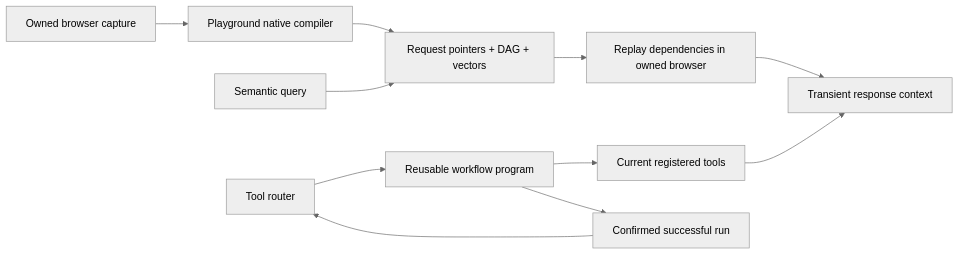
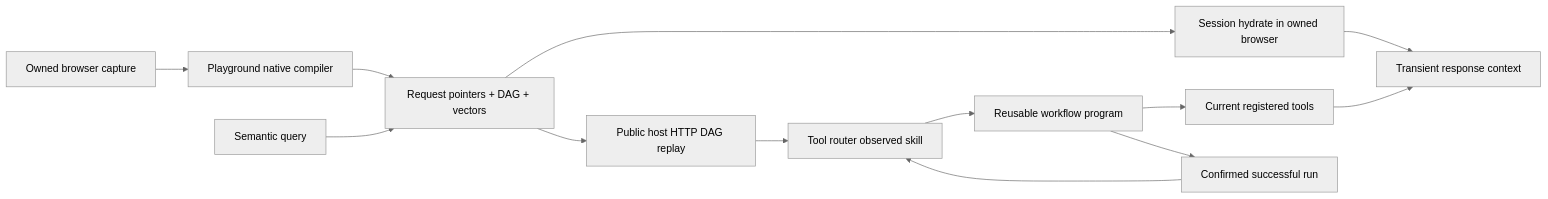
One commit to lekt9/aiko changed the diagram in docs/request-memory-and-workflows.md. Above: the diagram before and after it, drawn with Mermaid (neutral theme). The commit also changed other lines of this file and 17 other files, not shown here.

````diff
--- a/docs/request-memory-and-workflows.md
+++ b/docs/request-memory-and-workflows.md
@@ -5,13 +5,15 @@
 ```mermaid
 flowchart LR
   Browser[Owned browser capture] --> Compiler[Playground native compiler]
   Compiler --> Memory[Request pointers + DAG + vectors]
   Query[Semantic query] --> Memory
-  Memory --> Replay[Replay dependencies in owned browser]
+  Memory --> Host[Public host HTTP DAG replay]
+  Memory --> Replay[Session hydrate in owned browser]
+  Host --> Router[Tool router observed skill]
   Replay --> Context[Transient response context]
-  Router[Tool router] --> Workflow[Reusable workflow program]
+  Router --> Workflow[Reusable workflow program]
   Workflow --> Tools[Current registered tools]
   Tools --> Context
   Workflow --> Success[Confirmed successful run]
   Success --> Router
 ```
````
